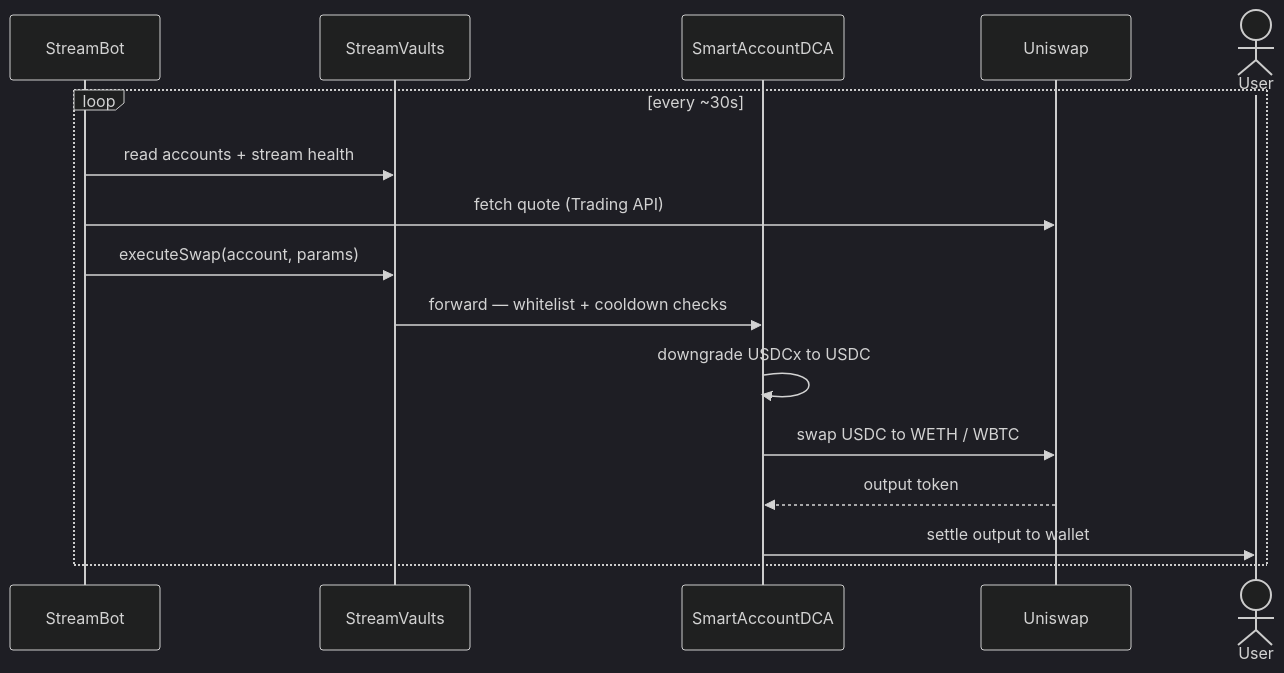
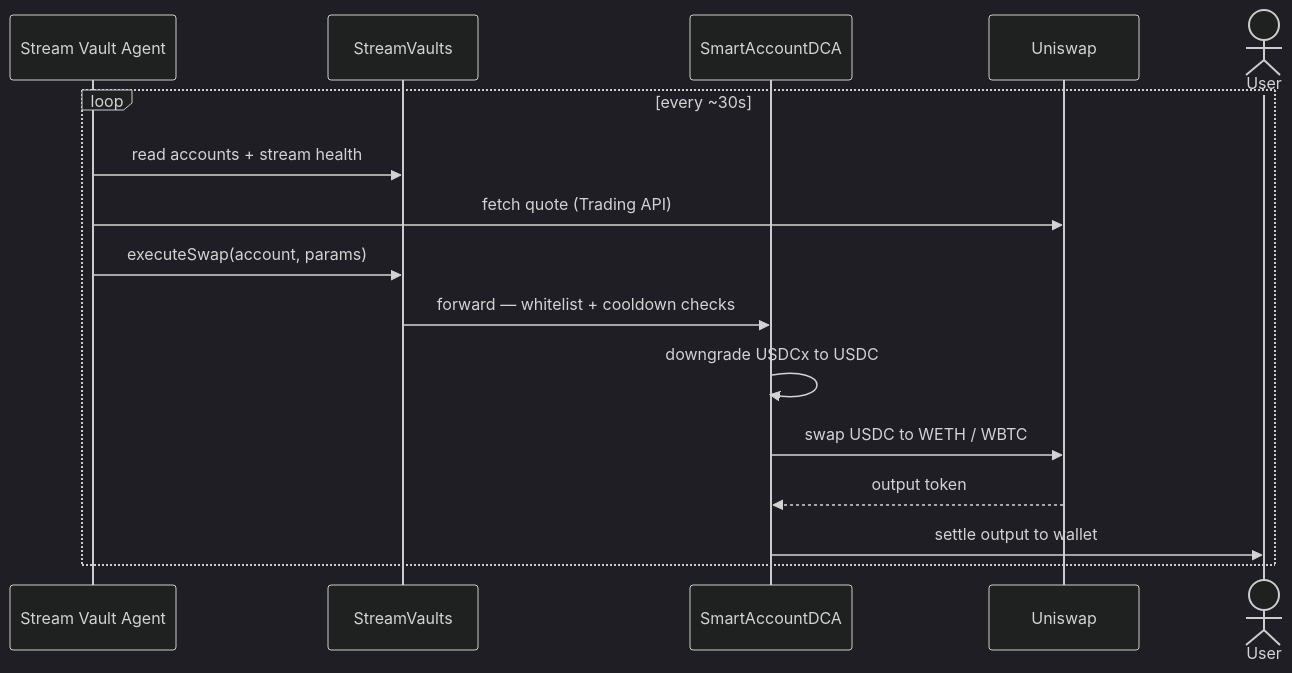
Before and after one commit to JulioMCruz/Streams: the third of 4 diagrams in README.md, drawn with Mermaid (dark theme). The commit also changed other lines of this file, not shown here.

Commit message:
use stream vault agent branding in readme

````diff
--- a/README.md
+++ b/README.md
@@ -67,19 +67,19 @@
 ```mermaid
 sequenceDiagram
-    participant Bot as StreamBot
+    participant Agent as Stream Vault Agent
     participant SV as StreamVaults
     participant SA as SmartAccountDCA
     participant UNI as Uniswap
     actor U as User
 
     loop every ~30s
-        Bot->>SV: read accounts + stream health
-        Bot->>UNI: fetch quote (Trading API)
-        Bot->>SV: executeSwap(account, params)
+        Agent->>SV: read accounts + stream health
+        Agent->>UNI: fetch quote (Trading API)
+        Agent->>SV: executeSwap(account, params)
         SV->>SA: forward — whitelist + cooldown checks
         SA->>SA: downgrade USDCx to USDC
         SA->>UNI: swap USDC to WETH / WBTC
         UNI-->>SA: output token
         SA->>U: settle output to wallet
     end
 ```
````
